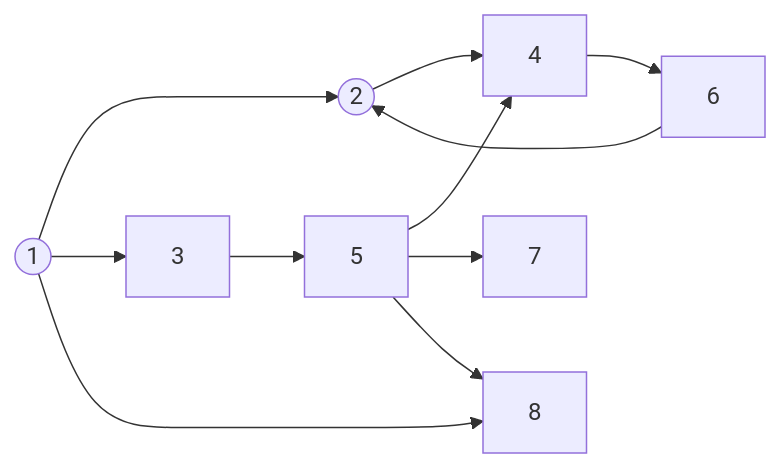
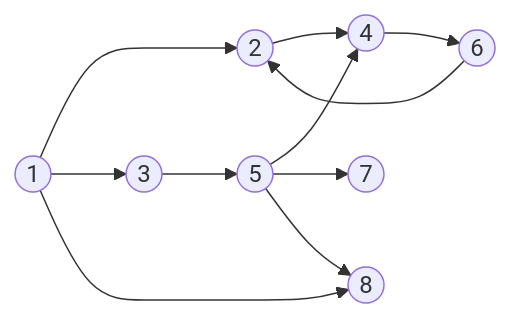
Before and after one commit to mikeleo03/Tarjans-Simulation_Backend: the diagram in README.md, drawn with Mermaid.

````diff
--- a/README.md
+++ b/README.md
@@ -48,13 +48,13 @@
 ```mermaid
 graph LR
 1((1)) --> 2((2))
-1 --> 3
-1 --> 8
-2 --> 4
-3 --> 5
-4 --> 6
-5 --> 4
-5 --> 7
-5 --> 8
-6 --> 2
+1((1)) --> 3((3))
+1((1)) --> 8((8))
+2((2)) --> 4((4))
+3((3)) --> 5((5))
+4((4)) --> 6((6))
+5((5)) --> 4((4))
+5((5)) --> 7((7))
+5((5)) --> 8((8))
+6((6)) --> 2((2))
 ```
````
